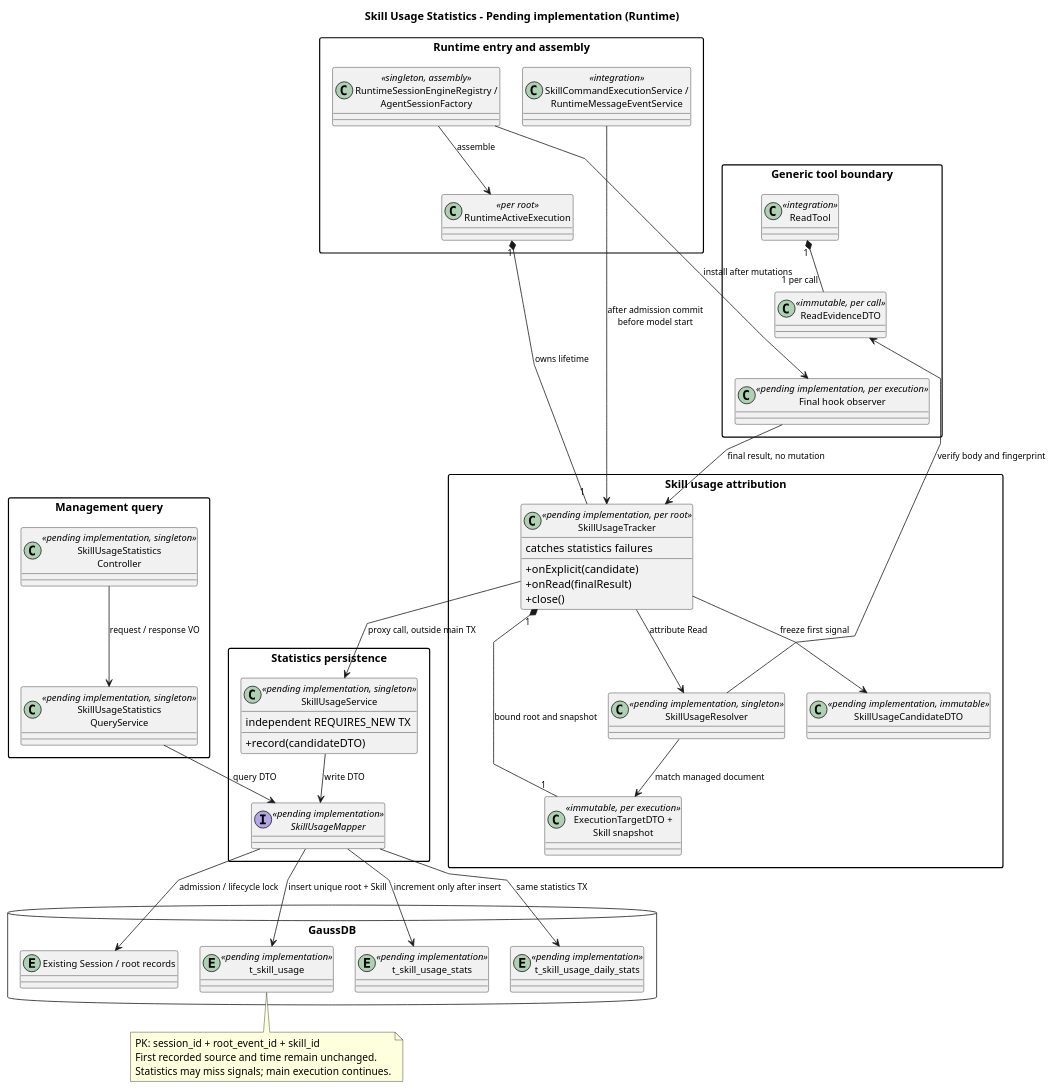
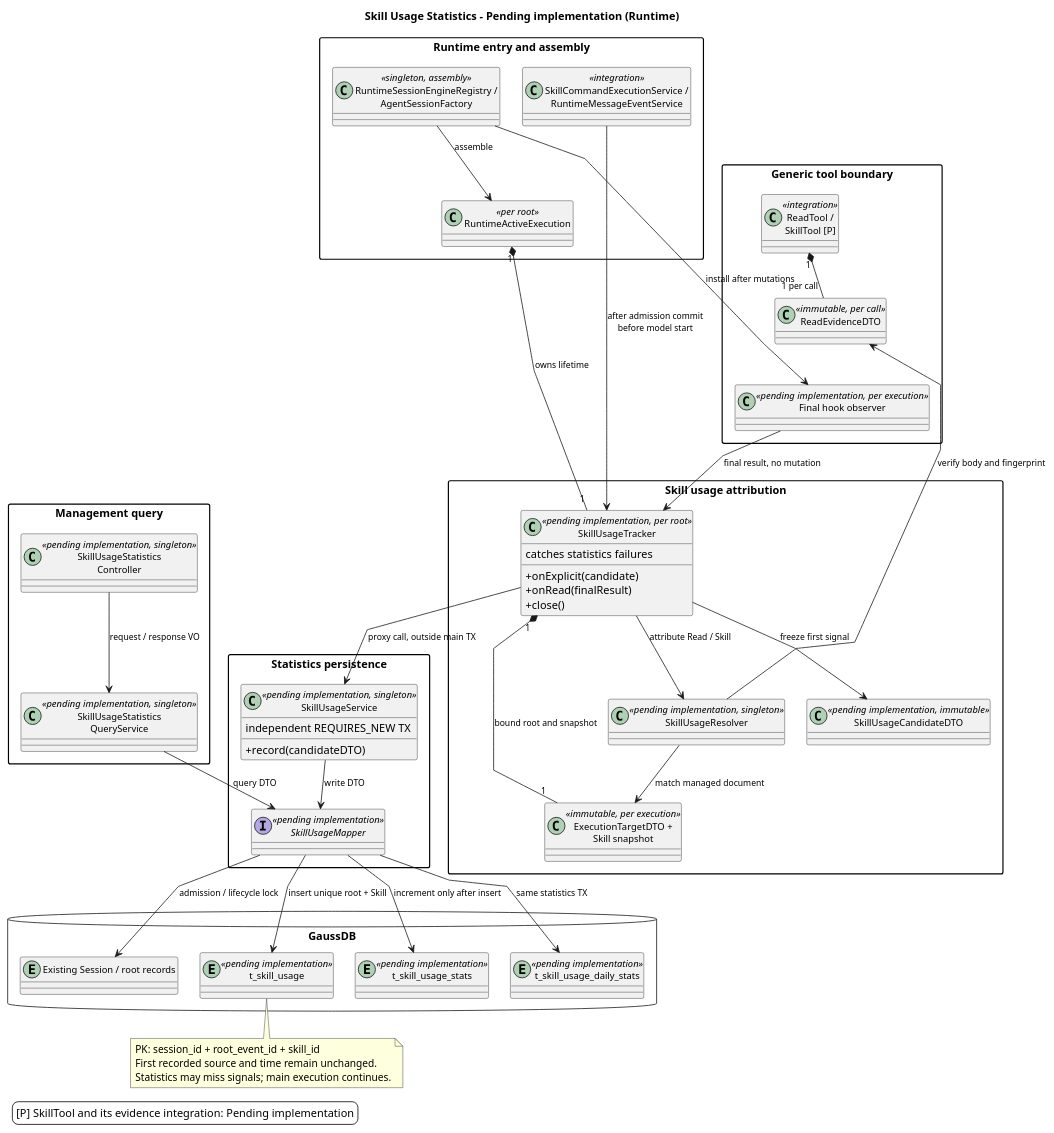
One commit to ssm0808/pi-mono-java-design changed the first of 2 diagrams in 04-命令与技能/03-Skill加载统计/diagram.puml. Above: the diagram before and after it, drawn with PlantUML. The commit also changed other lines of this file and 18 other files, not shown here.

Commit message:
docs(tools): 设计 Agent 工具代理与 Skill 渐进发现

```diff
--- a/04-命令与技能/03-Skill加载统计/diagram.puml
+++ b/04-命令与技能/03-Skill加载统计/diagram.puml
@@ -1,88 +1,93 @@
 @startuml skill_load_statistics_classes
 allowmixing
 ' Source evidence: Codex d58d0e5841e0de08e251673db2d5af8cf3a1ad51 codex-rs/core/src/skills.rs emit_explicit_skill_invocations
 ' Source evidence: pi 5cd93f688aaab89dbb6dfa4aca535f21796ae185 packages/agent/src/types.ts AgentEvent
 ' Source evidence: Java f61906b9136246ca60f333704b6fc92b5420d0ec modules/coding-agent-cli/src/main/java/com/campusclaw/codingagent/runtimeapi/dto/ExecutionTargetDTO.java
 ' Source evidence: modules/coding-agent-cli/src/main/java/com/campusclaw/codingagent/session/AgentSessionFactory.java configureAgent
 ' Source evidence: modules/coding-agent-cli/src/main/java/com/campusclaw/codingagent/runtimeapi/event/RuntimeMessageEventService.java accept/startAccepted
 ' Observed behavior: Runtime binds a real root after admission; generic hooks can alter tool results.
 ' Design reason: one tracker per root unifies signals; statistics failures leave main execution unchanged.
+' Source evidence: Java fb842b1ac6cb4818f6b146f79dd184a5cd88bf12 modules/coding-agent-cli/src/main/java/com/campusclaw/codingagent/tool/builtin/DefaultBuiltInToolFactory.java create
+' Pending implementation: SkillTool reuses the existing reading evidence and final observer integration.
 ' Java divergence: all statistics types and integration arrows are pending implementation; scope is Runtime.
 title Skill Usage Statistics - Pending implementation (Runtime)
 top to bottom direction
 skinparam shadowing false
 skinparam backgroundColor #FFFFFF
 skinparam linetype polyline
 skinparam nodesep 28
 skinparam ranksep 35
 skinparam classAttributeIconSize 0
 skinparam packageStyle rectangle
 skinparam defaultFontName SansSerif
 skinparam ArrowFontSize 11
 skinparam classFontSize 12
 package "Runtime entry and assembly" {
   class "SkillCommandExecutionService /\nRuntimeMessageEventService" as Command <<integration>>
   class "RuntimeActiveExecution" as Execution <<per root>>
   class "RuntimeSessionEngineRegistry /\nAgentSessionFactory" as Factory <<singleton, assembly>>
 }
 package "Generic tool boundary" {
-  class "ReadTool" as Read <<integration>>
+  class "ReadTool /\nSkillTool [P]" as Read <<integration>>
   class "ReadEvidenceDTO" as Evidence <<immutable, per call>>
   class "Final hook observer" as Observer <<pending implementation, per execution>>
 }
 package "Skill usage attribution" {
   class "ExecutionTargetDTO +\nSkill snapshot" as Snapshot <<immutable, per execution>>
   class "SkillUsageResolver" as Resolver <<pending implementation, singleton>>
   class "SkillUsageTracker" as Tracker <<pending implementation, per root>> {
     +onExplicit(candidate)
     +onRead(finalResult)
     +close()
     catches statistics failures
   }
   class "SkillUsageCandidateDTO" as Candidate <<pending implementation, immutable>>
 }
 package "Management query" {
   class "SkillUsageStatistics\nController" as Controller <<pending implementation, singleton>>
   class "SkillUsageStatistics\nQueryService" as Query <<pending implementation, singleton>>
 }
 package "Statistics persistence" {
   class "SkillUsageService" as Writer <<pending implementation, singleton>> {
     +record(candidateDTO)
     independent REQUIRES_NEW TX
   }
   interface "SkillUsageMapper" as Mapper <<pending implementation>>
 }
 database "GaussDB" {
     entity "Existing Session / root records" as Session
     entity "t_skill_usage" as Fact <<pending implementation>>
     entity "t_skill_usage_stats" as Total <<pending implementation>>
     entity "t_skill_usage_daily_stats" as Daily <<pending implementation>>
 }
 Factory --> Execution : assemble
 Writer -[hidden]right-> Controller
 Factory -[norank]-> Observer : install after mutations
 Execution "1" *-- "1" Tracker : owns lifetime
 Tracker "1" *-- "1" Snapshot : bound root and snapshot
 Command --> Tracker : after admission commit\nbefore model start
 Read "1" *-- "1 per call" Evidence
 Evidence -[hidden]down-> Observer
 Execution -[hidden]right-> Read
 Observer --> Tracker : final result, no mutation
-Tracker --> Resolver : attribute Read
+Tracker --> Resolver : attribute Read / Skill
 Resolver -[norank]-> Evidence : verify body and fingerprint
 Resolver --> Snapshot : match managed document
 Tracker --> Candidate : freeze first signal
 Tracker --> Writer : proxy call, outside main TX
 Controller --> Query : request / response VO
 Query --> Mapper : query DTO
 Writer --> Mapper : write DTO
 Mapper --> Session : admission / lifecycle lock
 Mapper --> Fact : insert unique root + Skill
 Mapper --> Total : increment only after insert
 Mapper --> Daily : same statistics TX
 note bottom of Fact
   PK: session_id + root_event_id + skill_id
   First recorded source and time remain unchanged.
   Statistics may miss signals; main execution continues.
 end note
+legend bottom left
+  [P] SkillTool and its evidence integration: Pending implementation
+endlegend
 @enduml
```
